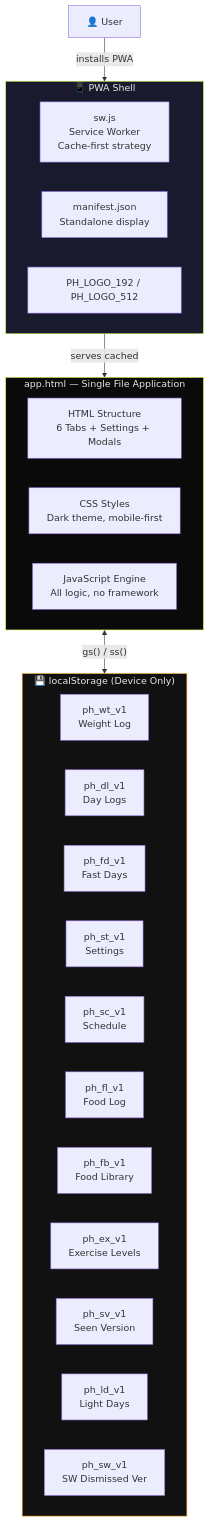
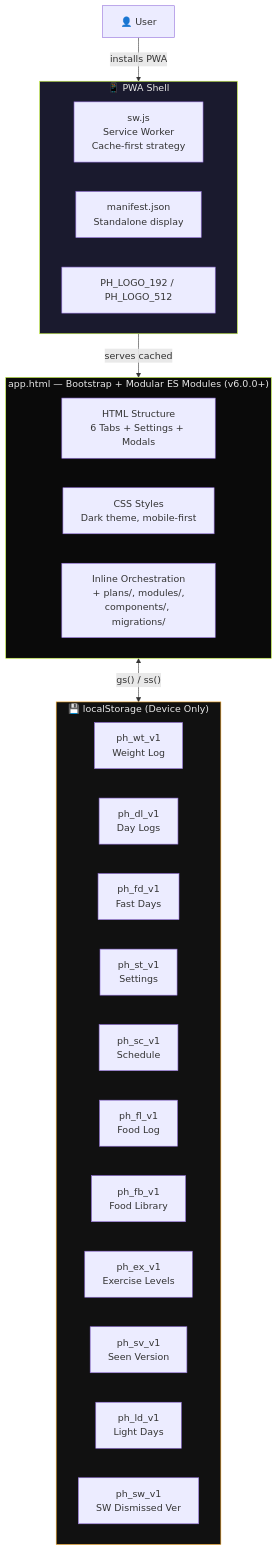
One commit to HIRAKHANJI/protocol-health changed the first of 19 diagrams in ARCHITECTURE.md. Above: the diagram before and after it, drawn with Mermaid. The commit also changed other lines of this file and 2 other files, not shown here.

Commit message:
docs(cleanup): add README, refactor retrospective; fix ARCHITECTURE.md stale single-file claim

````diff
--- a/ARCHITECTURE.md
+++ b/ARCHITECTURE.md
@@ -5,36 +9,36 @@
 ```mermaid
 graph TB
     subgraph PWA["📱 PWA Shell"]
         SW["sw.js<br/>Service Worker<br/>Cache-first strategy"]
         MAN["manifest.json<br/>Standalone display"]
         ICONS["PH_LOGO_192 / PH_LOGO_512"]
     end
 
-    subgraph APP["app.html — Single File Application"]
+    subgraph APP["app.html — Bootstrap + Modular ES Modules (v6.0.0+)"]
         HTML["HTML Structure<br/>6 Tabs + Settings + Modals"]
         CSS["CSS Styles<br/>Dark theme, mobile-first"]
-        JS["JavaScript Engine<br/>All logic, no framework"]
+        JS["Inline Orchestration<br/>+ plans/, modules/,<br/>components/, migrations/"]
     end
 
     subgraph STORAGE["💾 localStorage (Device Only)"]
         SK_WT["ph_wt_v1<br/>Weight Log"]
         SK_DL["ph_dl_v1<br/>Day Logs"]
         SK_FD["ph_fd_v1<br/>Fast Days"]
         SK_ST["ph_st_v1<br/>Settings"]
         SK_SC["ph_sc_v1<br/>Schedule"]
         SK_FL["ph_fl_v1<br/>Food Log"]
         SK_FB["ph_fb_v1<br/>Food Library"]
         SK_EX["ph_ex_v1<br/>Exercise Levels"]
         SK_SV["ph_sv_v1<br/>Seen Version"]
         SK_LD["ph_ld_v1<br/>Light Days"]
         SK_SW["ph_sw_v1<br/>SW Dismissed Ver"]
     end
 
     USER["👤 User"] -->|"installs PWA"| PWA
     PWA -->|"serves cached"| APP
     APP <-->|"gs() / ss()"| STORAGE
 
     style PWA fill:#1a1a2e,stroke:#c8f542,color:#e8e8e8
     style APP fill:#0a0a0a,stroke:#c8f542,color:#e8e8e8
     style STORAGE fill:#111111,stroke:#f5a623,color:#e8e8e8
 ```
````
